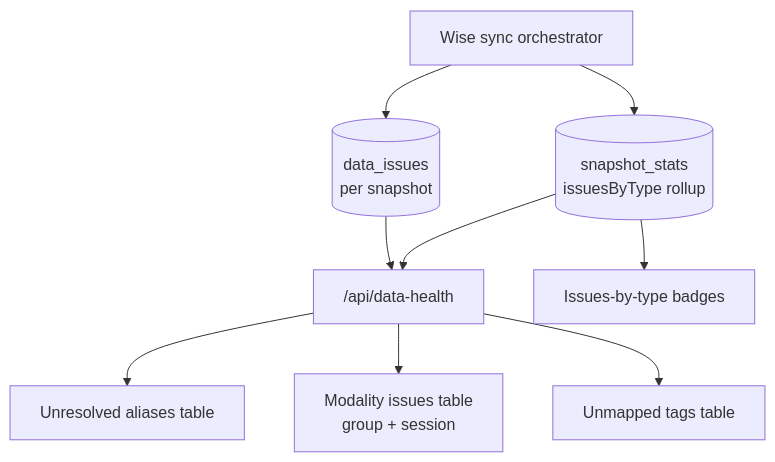
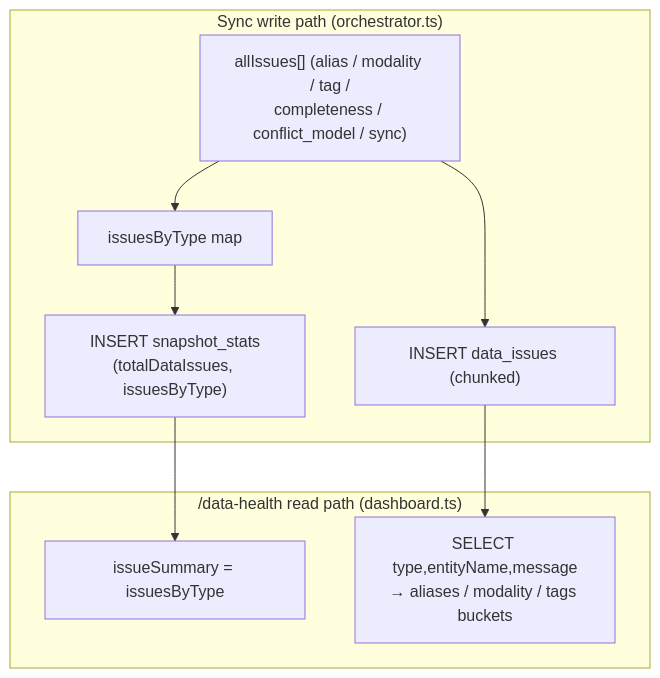
The second of 4 diagrams in docs/operations/observability.md (kasheesh711/bgscheduler), drawn with Mermaid before and after one commit. The commit also changed other lines of this file and 63 other files, not shown here.

````diff
--- a/docs/operations/observability.md
+++ b/docs/operations/observability.md
@@ -124,11 +144,13 @@
 ```mermaid
 flowchart TD
-  sync[Wise sync orchestrator] --> di[(data_issues<br/>per snapshot)]
-  sync --> ss[(snapshot_stats<br/>issuesByType rollup)]
-  di --> dh["/api/data-health"]
-  ss --> dh
-  dh --> alias[Unresolved aliases table]
-  dh --> mod[Modality issues table<br/>group + session]
-  dh --> tag[Unmapped tags table]
-  ss --> hist[Issues-by-type badges]
+  subgraph write["Sync write path (orchestrator.ts)"]
+    issues["allIssues[] (alias / modality / tag /<br/>completeness / conflict_model / sync)"]
+    issues --> di["INSERT data_issues (chunked)"]
+    issues --> byType["issuesByType map"]
+    byType --> ss["INSERT snapshot_stats<br/>(totalDataIssues, issuesByType)"]
+  end
+  subgraph read["/data-health read path (dashboard.ts)"]
+    ss --> summary["issueSummary = issuesByType"]
+    di --> details["SELECT type,entityName,message<br/>→ aliases / modality / tags buckets"]
+  end
 ```
````
